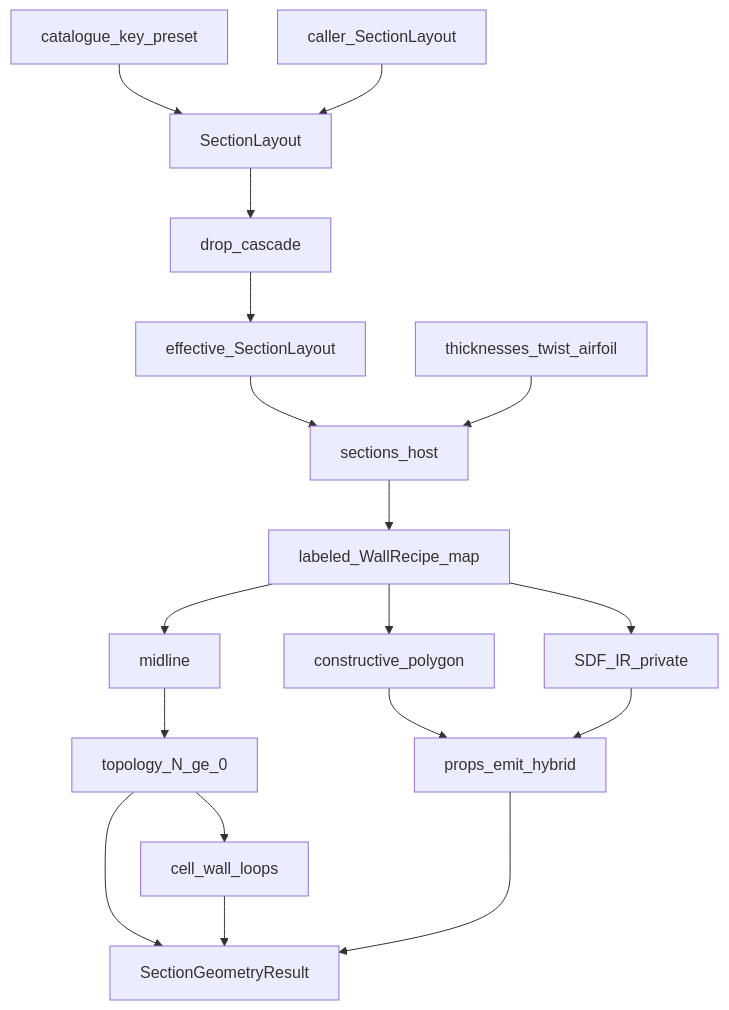
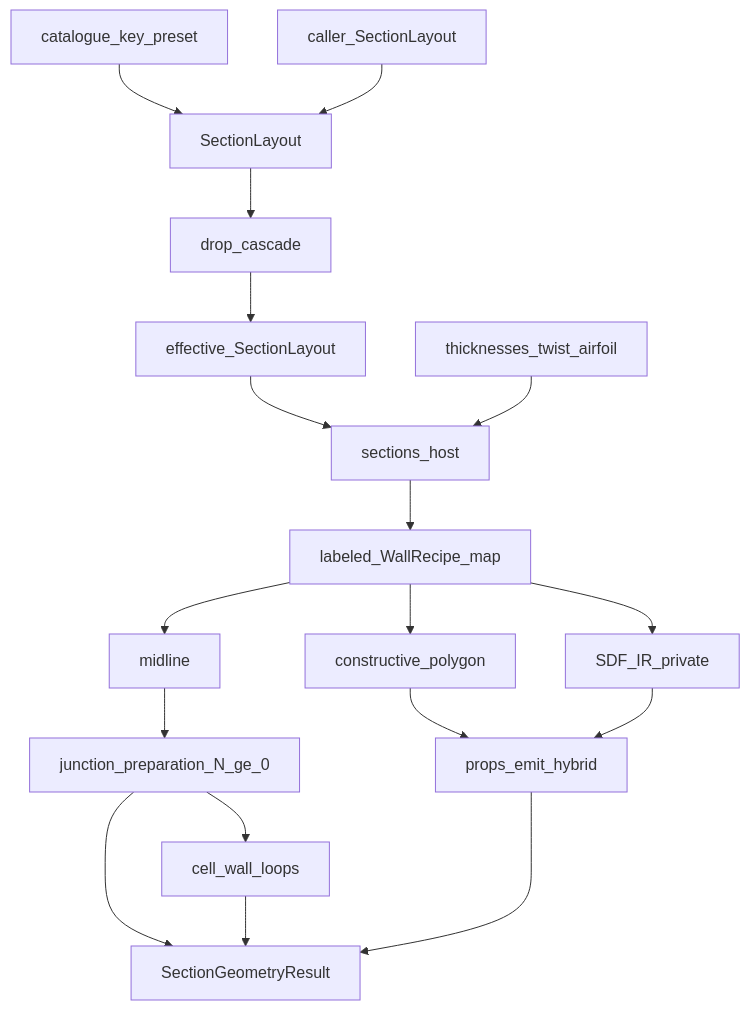
Before and after one commit to samhughes-fea/composite-laminate-fea: the diagram in src/blade_geometry_model/section_geometry/docs/reference/G_ROW_OWNERSHIP_MATRIX.md, drawn with Mermaid. The commit also changed other lines of this file and 33 other files, not shown here.

First line of the commit message:
refactor(section-geometry): name shell junction preparation explicitly

````diff
--- a/src/blade_geometry_model/section_geometry/docs/reference/G_ROW_OWNERSHIP_MATRIX.md
+++ b/src/blade_geometry_model/section_geometry/docs/reference/G_ROW_OWNERSHIP_MATRIX.md
@@ -62,20 +62,20 @@
 ```mermaid
 flowchart TB
   Preset["catalogue_key_preset"] --> SL[SectionLayout]
   Caller[caller_SectionLayout] --> SL
   SL --> Resolve[drop_cascade]
   Resolve --> Eff[effective_SectionLayout]
   Eff --> Assemble[sections_host]
   DV[thicknesses_twist_airfoil] --> Assemble
   Assemble --> Recipes["labeled_WallRecipe_map"]
   Recipes --> SdfIr[SDF_IR_private]
   Recipes --> Poly[constructive_polygon]
   Recipes --> Mid[midline]
-  Mid --> Topo[topology_N_ge_0]
+  Mid --> Topo[junction_preparation_N_ge_0]
   Topo --> Loops[cell_wall_loops]
   Poly --> Props[props_emit_hybrid]
   SdfIr --> Props
   Topo --> Result[SectionGeometryResult]
   Loops --> Result
   Props --> Result
 ```
````
